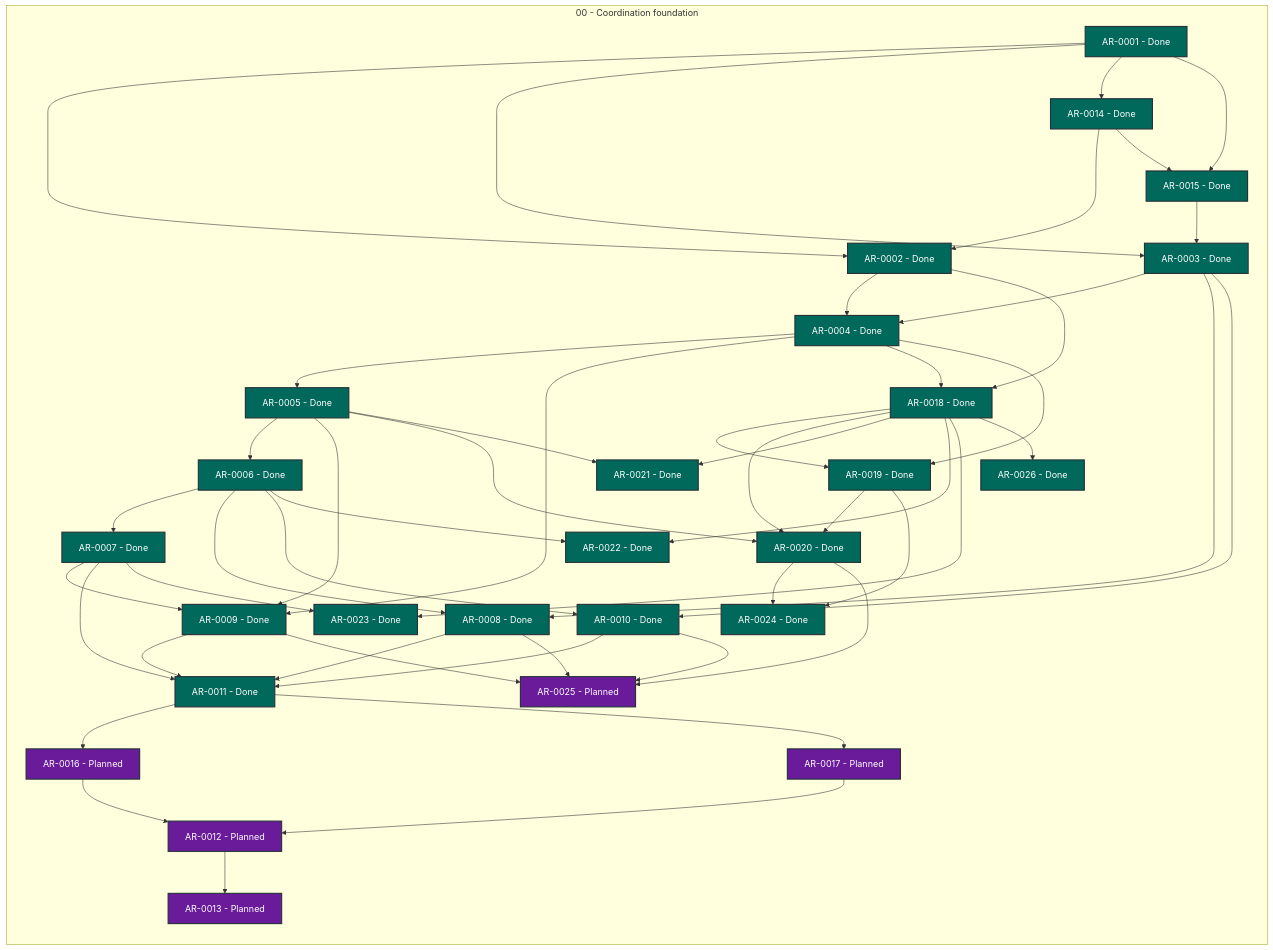
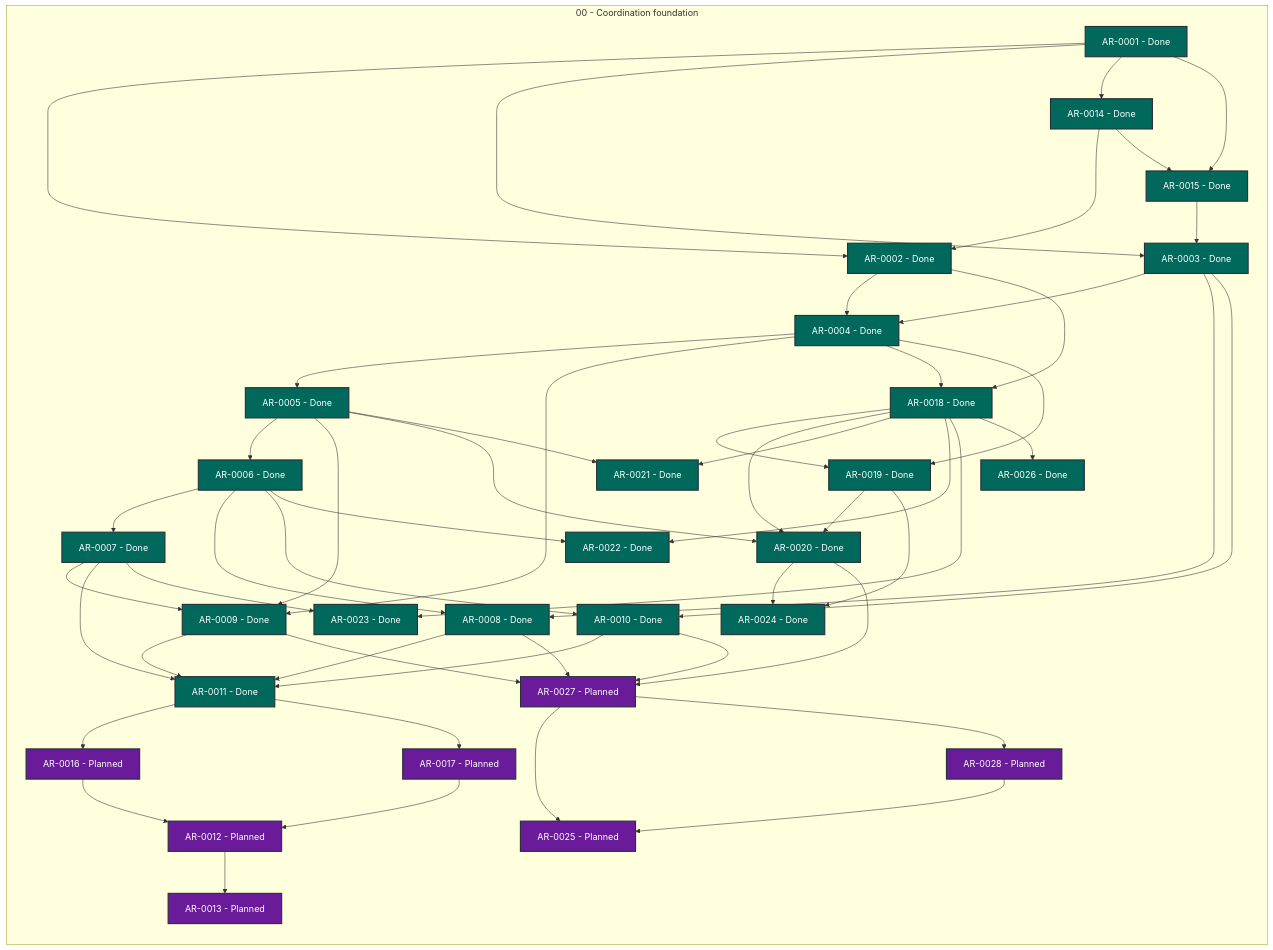
Before and after one commit to martin-beck/agent-workflow-tui-state: the diagram in STATUS.md, drawn with Mermaid. The commit also changed other lines of this file and 1 other file, not shown here.

```diff
--- a/STATUS.md
+++ b/STATUS.md
@@ -54,6 +54,8 @@
         AR_0024["AR-0024 - Done"]:::status_done
         AR_0025["AR-0025 - Planned"]:::status_planned
         AR_0026["AR-0026 - Done"]:::status_done
+        AR_0027["AR-0027 - Planned"]:::status_planned
+        AR_0028["AR-0028 - Planned"]:::status_planned
     end
     AR_0001 --> AR_0002
     AR_0001 --> AR_0003
@@ -80,11 +82,11 @@
     AR_0007 --> AR_0011
     AR_0007 --> AR_0023
     AR_0008 --> AR_0011
-    AR_0008 --> AR_0025
+    AR_0008 --> AR_0027
     AR_0009 --> AR_0011
-    AR_0009 --> AR_0025
+    AR_0009 --> AR_0027
     AR_0010 --> AR_0011
-    AR_0010 --> AR_0025
+    AR_0010 --> AR_0027
     AR_0011 --> AR_0016
     AR_0011 --> AR_0017
     AR_0012 --> AR_0013
@@ -102,7 +104,10 @@
     AR_0019 --> AR_0020
     AR_0019 --> AR_0024
     AR_0020 --> AR_0024
-    AR_0020 --> AR_0025
+    AR_0020 --> AR_0027
+    AR_0027 --> AR_0025
+    AR_0027 --> AR_0028
+    AR_0028 --> AR_0025
     classDef status_in_progress fill:#1565c0,color:#ffffff,stroke:#263238,stroke-width:2px
     classDef status_open fill:#2e7d32,color:#ffffff,stroke:#263238,stroke-width:2px
     classDef status_blocked fill:#c62828,color:#ffffff,stroke:#263238,stroke-width:2px
```
